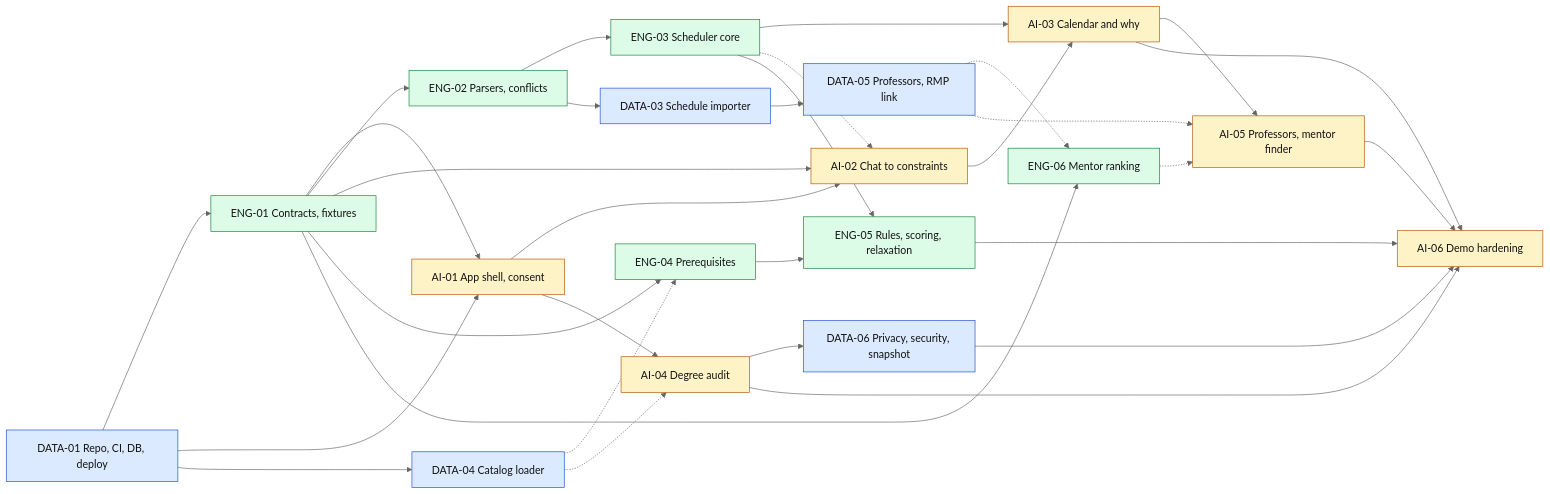
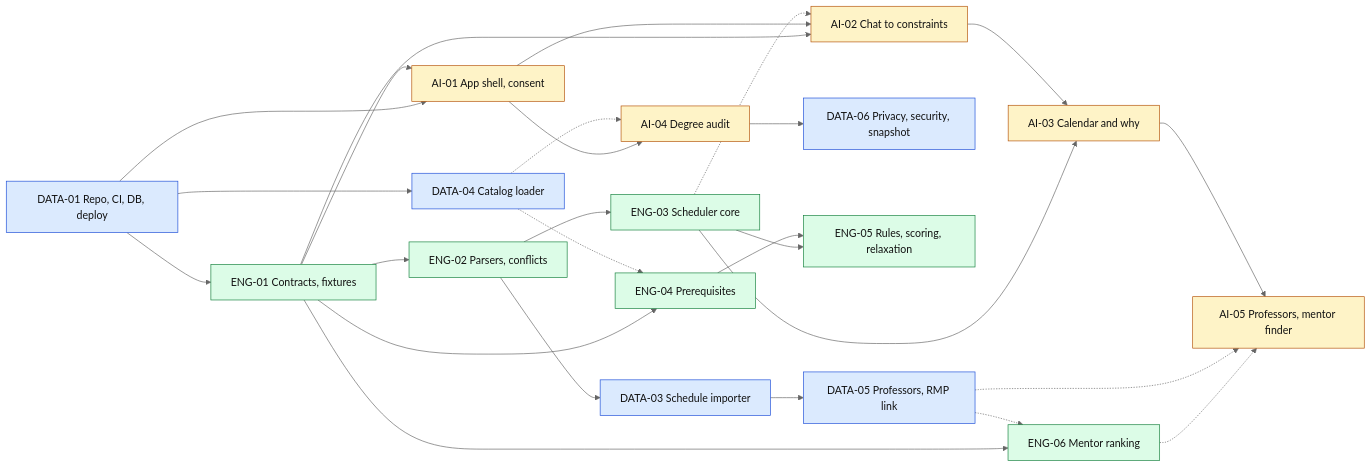
Before and after one commit to JoaoLucasLab/hackathon: the diagram in plan.md, drawn with Mermaid (neutral theme). The commit also changed other lines of this file and 1 other file, not shown here.

Commit message:
refactor: remove demo hardening block and update related acceptance criteria

````diff
--- a/plan.md
+++ b/plan.md
@@ -633,55 +620,49 @@
 ```mermaid
 graph LR
   classDef data fill:#dbeafe,stroke:#1d4ed8,color:#111;
   classDef eng fill:#dcfce7,stroke:#15803d,color:#111;
   classDef ai fill:#fef3c7,stroke:#b45309,color:#111;
 
   D1[DATA-01 Repo, CI, DB, deploy]:::data
   D3[DATA-03 Schedule importer]:::data
   D4[DATA-04 Catalog loader]:::data
   D5[DATA-05 Professors, RMP link]:::data
   D6[DATA-06 Privacy, security, snapshot]:::data
   E1[ENG-01 Contracts, fixtures]:::eng
   E2[ENG-02 Parsers, conflicts]:::eng
   E3[ENG-03 Scheduler core]:::eng
   E4[ENG-04 Prerequisites]:::eng
   E5[ENG-05 Rules, scoring, relaxation]:::eng
   E6[ENG-06 Mentor ranking]:::eng
   A1[AI-01 App shell, consent]:::ai
   A2[AI-02 Chat to constraints]:::ai
   A3[AI-03 Calendar and why]:::ai
   A4[AI-04 Degree audit]:::ai
   A5[AI-05 Professors, mentor finder]:::ai
-  A6[AI-06 Demo hardening]:::ai
 
   D1 --> E1
   D1 --> A1
   E1 --> A1
   E1 --> E2
   E1 --> A2
   A1 --> A2
   E2 --> E3
   E2 --> D3
   D1 --> D4
   E3 --> A3
   A2 --> A3
   E3 -.-> A2
   E1 --> E4
   D4 -.-> E4
   E3 --> E5
   E4 --> E5
   D3 --> D5
   E1 --> E6
   D5 -.-> E6
   A1 --> A4
   D4 -.-> A4
   A4 --> D6
   E6 -.-> A5
   D5 -.-> A5
   A3 --> A5
-  A3 --> A6
-  A4 --> A6
-  A5 --> A6
-  E5 --> A6
-  D6 --> A6
 ```
````
